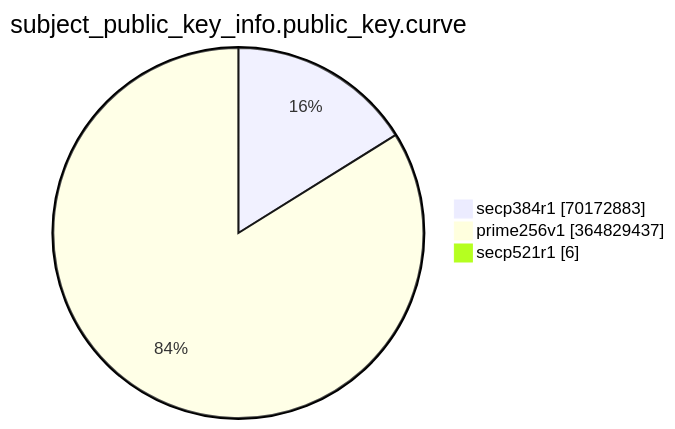
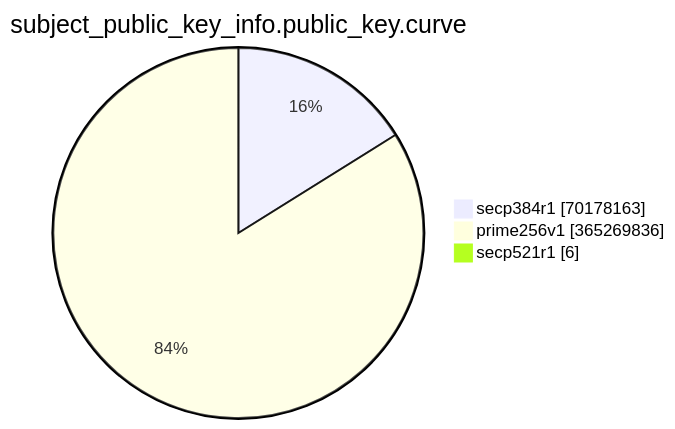
Before and after one commit to christiankrug/ctmonitor_visualization: the eighth of 15 diagrams in TOTAL/README.md, drawn with Mermaid. The commit also changed other lines of this file, not shown here.

````diff
--- a/TOTAL/README.md
+++ b/TOTAL/README.md
@@ -3093,7 +3093,7 @@
 ```mermaid
 pie showData
 title subject_public_key_info.public_key.curve
-"secp384r1" :70172883
-"prime256v1" :364829437
+"secp384r1" :70178163
+"prime256v1" :365269836
 "secp521r1" :6
 ```
````
